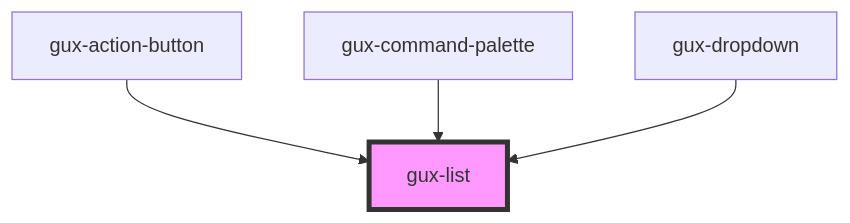
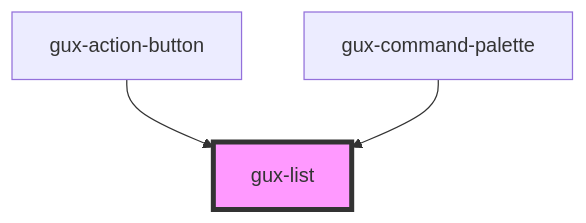
Before and after one commit to MyPureCloud/genesys-spark: the diagram in src/components/gux-list/readme.md, drawn with Mermaid. The commit also changed other lines of this file and 7 other files, not shown here.

First line of the commit message:
improvement(gux-dropdown): remove reflect to attribute and js list

````diff
--- a/src/components/gux-list/readme.md
+++ b/src/components/gux-list/readme.md
@@ -91,7 +90,6 @@
 ```mermaid
 graph TD;
   gux-action-button --> gux-list
   gux-command-palette --> gux-list
-  gux-dropdown --> gux-list
   style gux-list fill:#f9f,stroke:#333,stroke-width:4px
 ```
````
